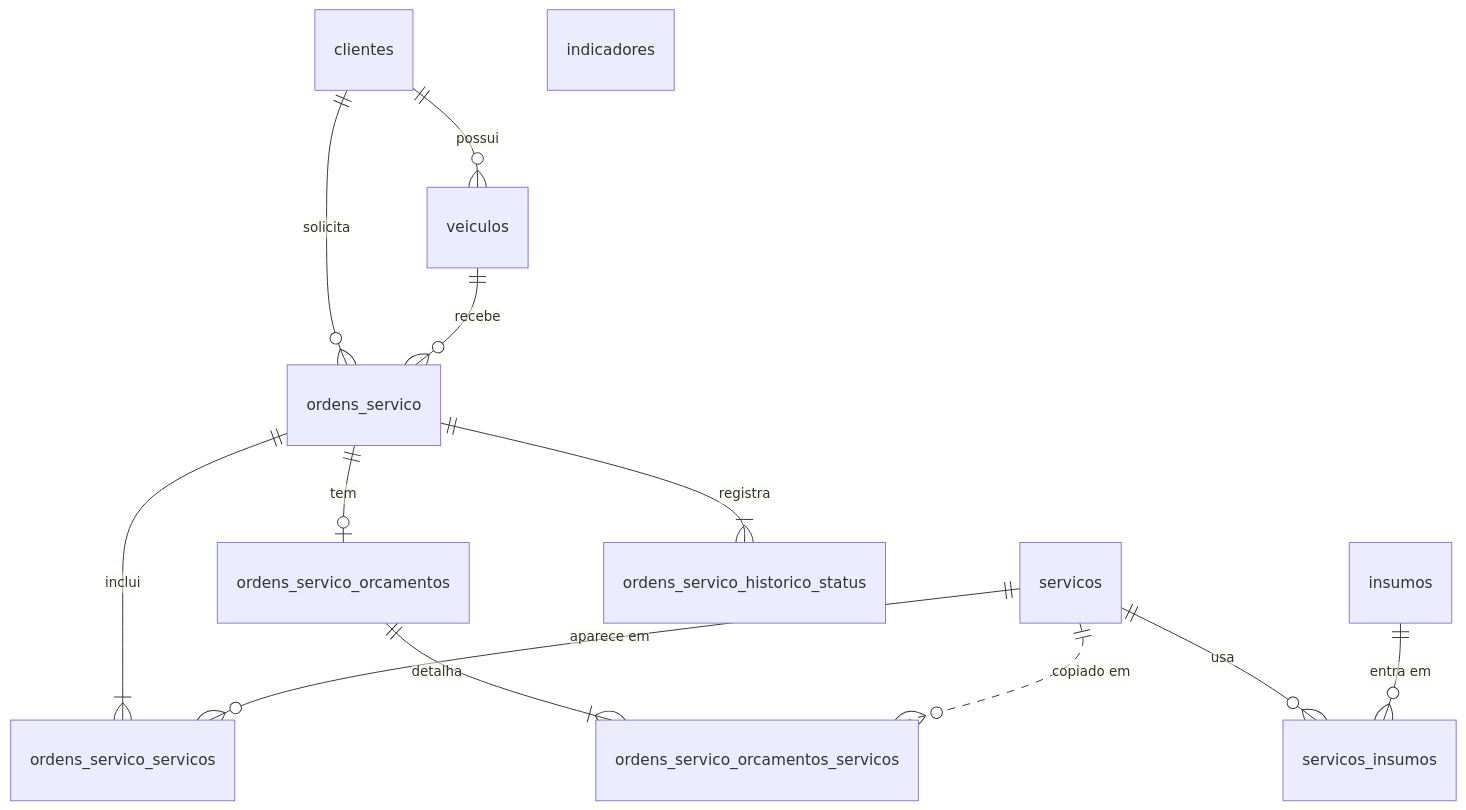
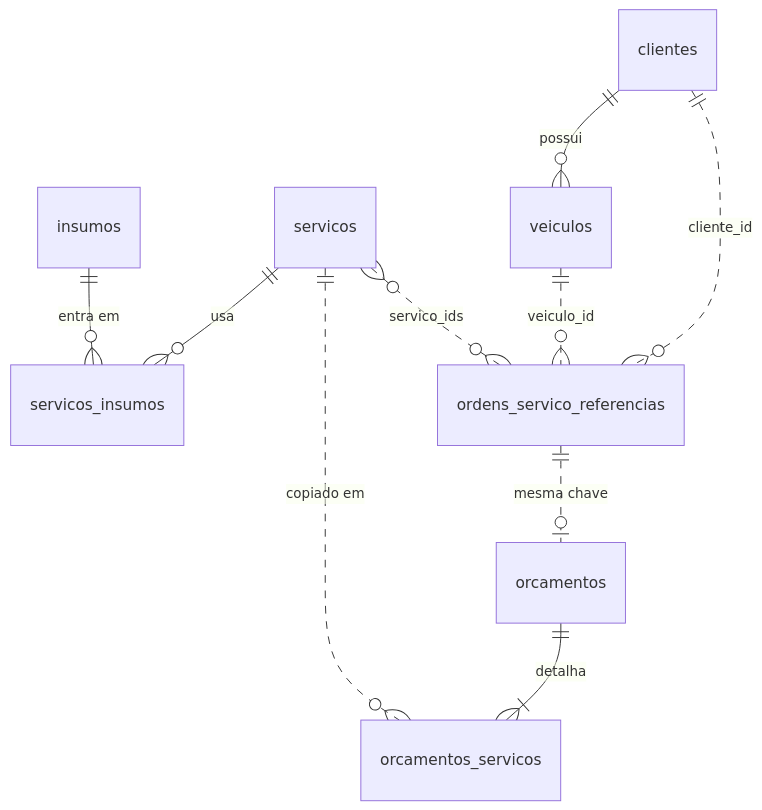
One commit to GuiToniello/tech-challenge-fase-4-MANAGEMENT-soat16-rm374658 changed the diagram in docs/adr/ADR-017-PostgreSQL-no-Amazon-RDS-e-Modelo-de-Dados.md. Above: the diagram before and after it, drawn with Mermaid. The commit also changed other lines of this file and 208 other files, not shown here.

````diff
--- a/docs/adr/ADR-017-PostgreSQL-no-Amazon-RDS-e-Modelo-de-Dados.md
+++ b/docs/adr/ADR-017-PostgreSQL-no-Amazon-RDS-e-Modelo-de-Dados.md
@@ -74,15 +82,12 @@
 ```mermaid
 erDiagram
   clientes ||--o{ veiculos : "possui"
-  clientes ||--o{ ordens_servico : "solicita"
-  veiculos ||--o{ ordens_servico : "recebe"
-  ordens_servico ||--|{ ordens_servico_servicos : "inclui"
-  servicos ||--o{ ordens_servico_servicos : "aparece em"
   servicos ||--o{ servicos_insumos : "usa"
   insumos ||--o{ servicos_insumos : "entra em"
-  ordens_servico ||--|{ ordens_servico_historico_status : "registra"
-  ordens_servico ||--o| ordens_servico_orcamentos : "tem"
-  ordens_servico_orcamentos ||--|{ ordens_servico_orcamentos_servicos : "detalha"
-  servicos ||..o{ ordens_servico_orcamentos_servicos : "copiado em"
-  indicadores
+  orcamentos ||--|{ orcamentos_servicos : "detalha"
+  servicos ||..o{ orcamentos_servicos : "copiado em"
+  clientes ||..o{ ordens_servico_referencias : "cliente_id"
+  veiculos ||..o{ ordens_servico_referencias : "veiculo_id"
+  servicos }o..o{ ordens_servico_referencias : "servico_ids"
+  ordens_servico_referencias ||..o| orcamentos : "mesma chave"
 ```
````
